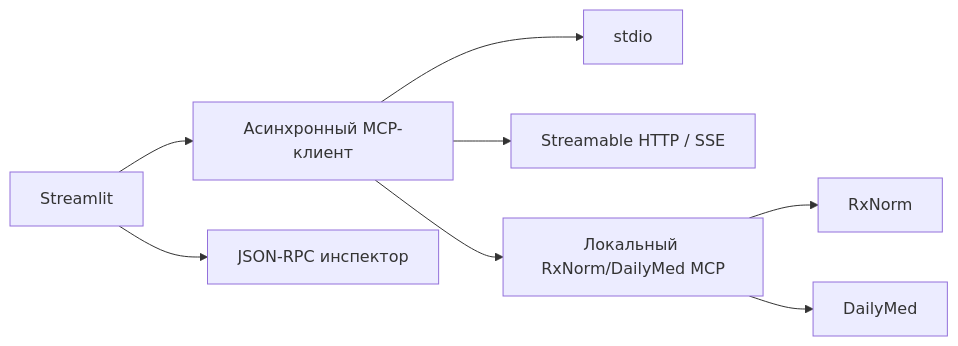
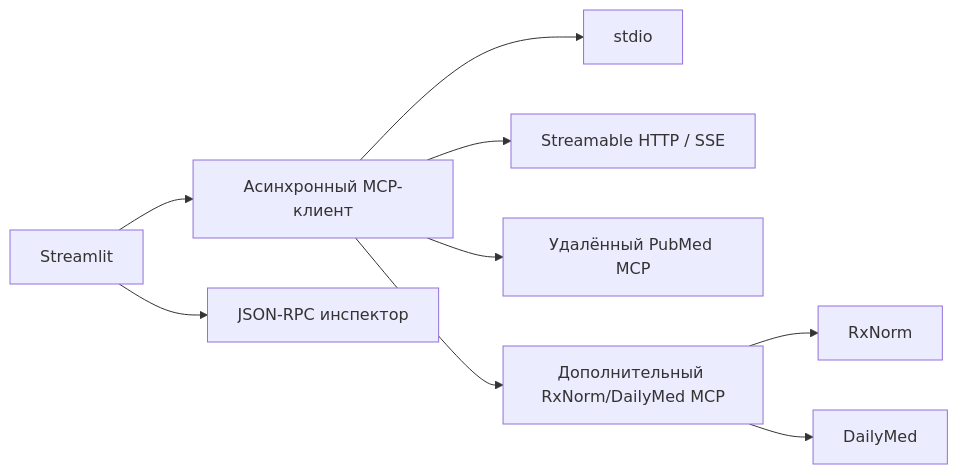
The diagram in README.md (bonbon612/ai-clinical-pharmacologist), drawn with Mermaid before and after one commit. The commit also changed other lines of this file and 8 other files, not shown here.

````diff
--- a/README.md
+++ b/README.md
@@ -20,10 +21,11 @@
 ```mermaid
 flowchart LR
     UI[Streamlit] --> C[Асинхронный MCP-клиент]
     C --> S[stdio]
     C --> H[Streamable HTTP / SSE]
-    C --> R[Локальный RxNorm/DailyMed MCP]
+    C --> P[Удалённый PubMed MCP]
+    C --> R[Дополнительный RxNorm/DailyMed MCP]
     R --> RX[RxNorm]
     R --> DM[DailyMed]
     UI --> I[JSON-RPC инспектор]
 ```
````
